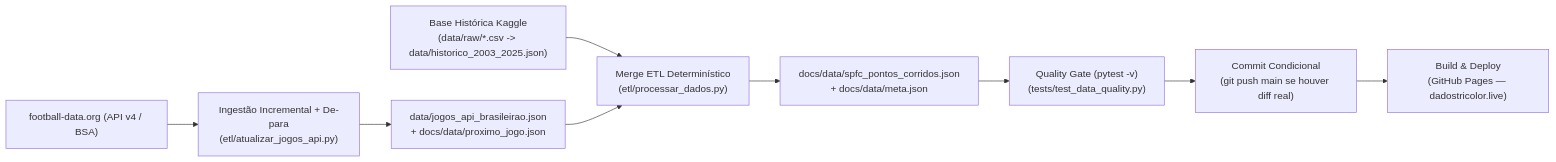
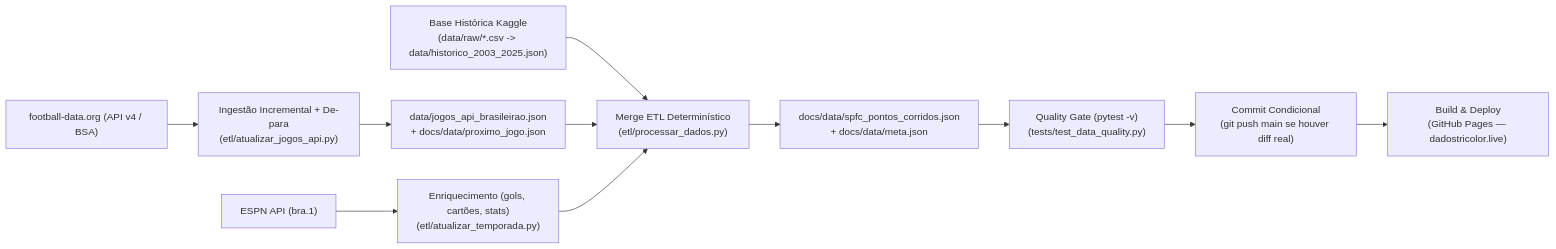
The diagram in README.md (YuriAlvvvss/SPFC-Analytics), drawn with Mermaid before and after one commit. The commit also changed other lines of this file and 6 other files, not shown here.

````diff
--- a/README.md
+++ b/README.md
@@ -123,11 +123,13 @@
 ```mermaid
 flowchart LR
     API["football-data.org (API v4 / BSA)"] --> ING["Ingestão Incremental + De-para\n(etl/atualizar_jogos_api.py)"]
     ING --> INC["data/jogos_api_brasileirao.json\n+ docs/data/proximo_jogo.json"]
+    ESPN["ESPN API (bra.1)"] --> ENR["Enriquecimento (gols, cartões, stats)\n(etl/atualizar_temporada.py)"]
     KAG["Base Histórica Kaggle\n(data/raw/*.csv -> data/historico_2003_2025.json)"] --> ETL["Merge ETL Determinístico\n(etl/processar_dados.py)"]
     INC --> ETL
+    ENR --> ETL
     ETL --> PROD["docs/data/spfc_pontos_corridos.json\n+ docs/data/meta.json"]
     PROD --> QG["Quality Gate (pytest -v)\n(tests/test_data_quality.py)"]
     QG --> CMT["Commit Condicional\n(git push main se houver diff real)"]
     CMT --> DEP["Build & Deploy\n(GitHub Pages — dadostricolor.live)"]
 ```
````
